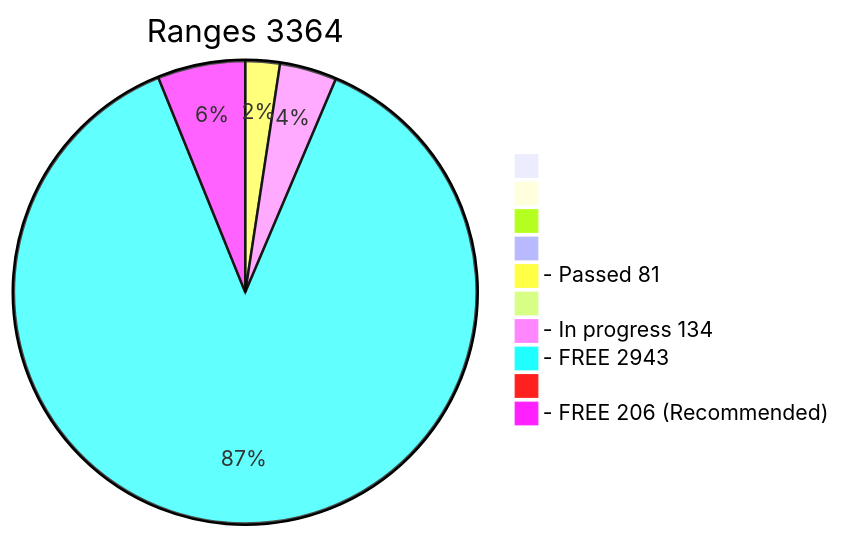
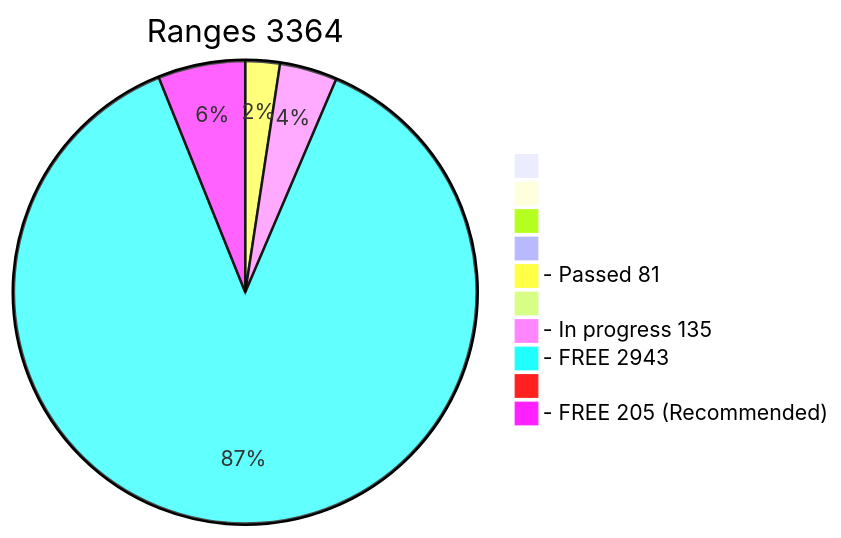
The diagram in x64/Release/table.md (phrutis/wif500), drawn with Mermaid before and after one commit. The commit also changed other lines of this file, not shown here.

````diff
--- a/x64/Release/table.md
+++ b/x64/Release/table.md
@@ -3,13 +3,13 @@
 ```mermaid
 pie title Ranges 3364
   " " : 0
   "  " : 0
   "   " : 0
   "    " : 0
   "- Passed 81" : 81
   "     " : 0
-  "- In progress 134" : 134
+  "- In progress 135" : 135
   "- FREE 2943" : 2943
   "      " : 0
-  "- FREE 206 (Recommended)" : 206
+  "- FREE 205 (Recommended)" : 205
 ```
````
